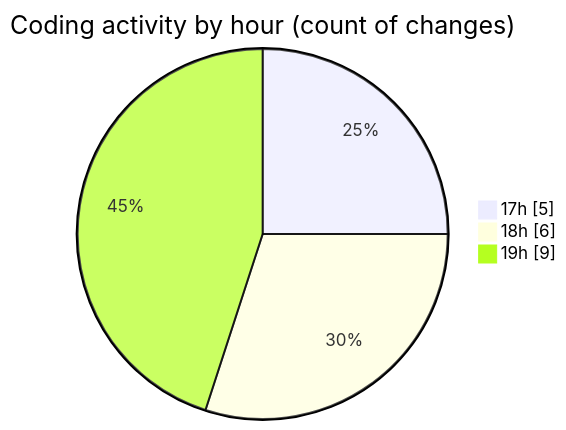
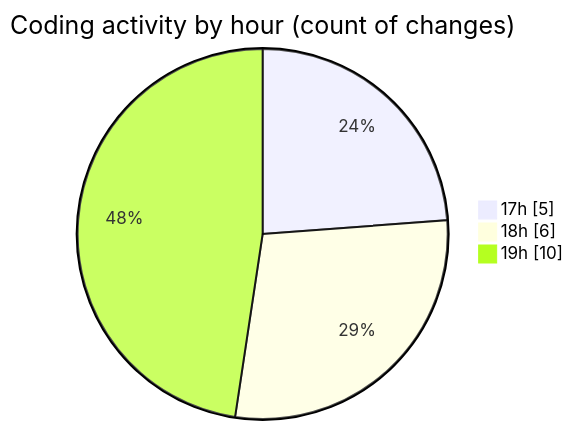
Before and after one commit to tmsrecording-cyber/code-tracking: the second of 2 diagrams in 2026-02-01/singularitybrainai/README.md, drawn with Mermaid. The commit also changed other lines of this file and 1 other file, not shown here.

````diff
--- a/2026-02-01/singularitybrainai/README.md
+++ b/2026-02-01/singularitybrainai/README.md
@@ -34,7 +34,7 @@
 ```mermaid
 pie showData
 title Coding activity by hour (count of changes)
 "17h" : 5
 "18h" : 6
-"19h" : 9
+"19h" : 10
 ```
````
